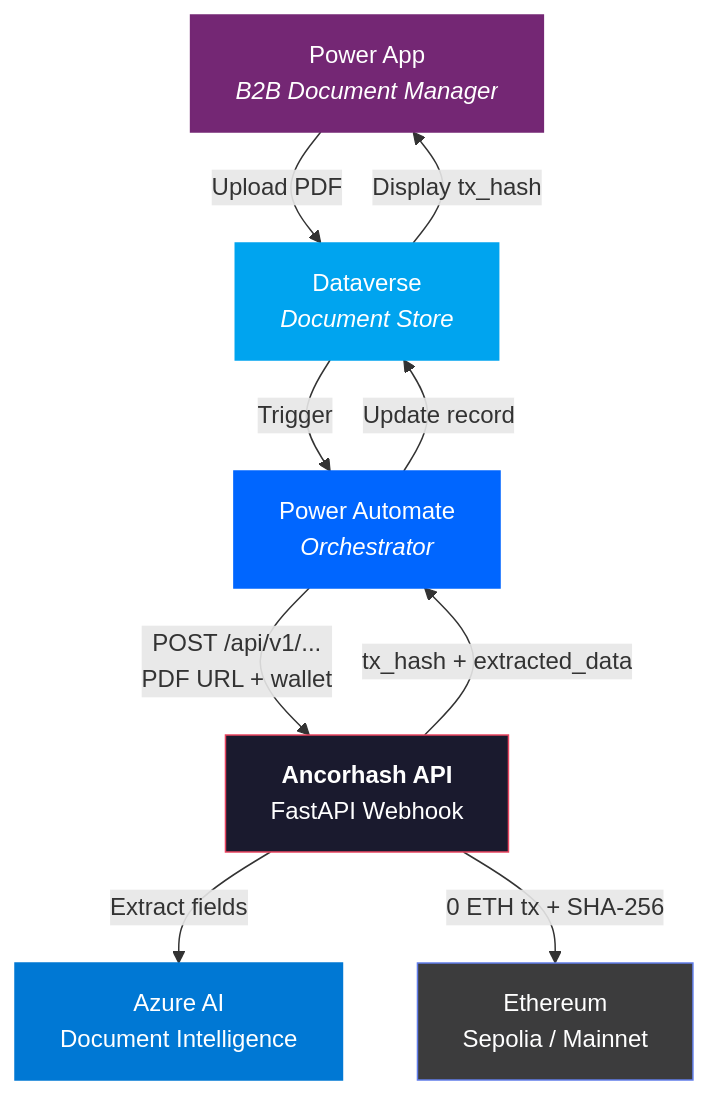
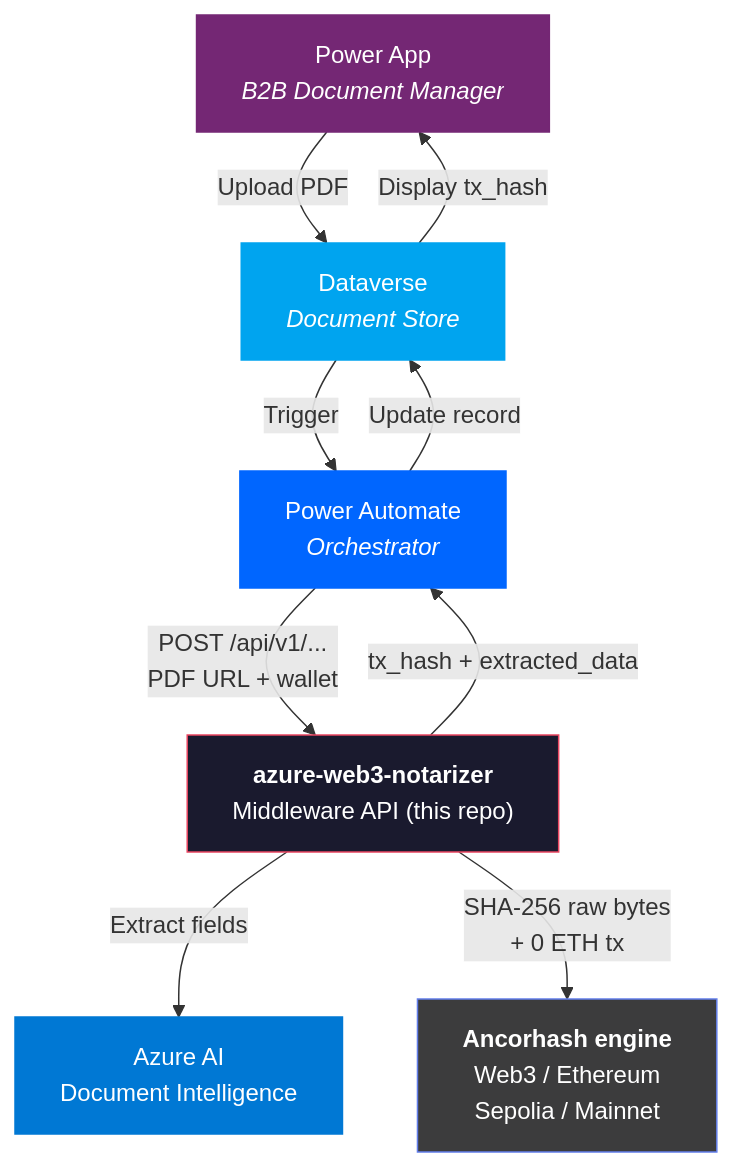
One commit to N0g4D/azure-web3-notarizer changed the diagram in README.md. Above: the diagram before and after it, drawn with Mermaid. The commit also changed other lines of this file, not shown here.

Commit message:
docs: align Mermaid and Key Features to middleware architecture

````diff
--- a/README.md
+++ b/README.md
@@ -31,25 +89,25 @@
 ```mermaid
 graph TB
     PA["Power App<br/><i>B2B Document Manager</i>"]
     AUTO["Power Automate<br/><i>Orchestrator</i>"]
-    API["<b>Ancorhash API</b><br/>FastAPI Webhook"]
+    API["<b>azure-web3-notarizer</b><br/>Middleware API (this repo)"]
     AZ["Azure AI<br/>Document Intelligence"]
-    ETH["Ethereum<br/>Sepolia / Mainnet"]
+    ETH["<b>Ancorhash engine</b><br/>Web3 / Ethereum<br/>Sepolia / Mainnet"]
     DV["Dataverse<br/><i>Document Store</i>"]
 
     PA -->|"Upload PDF"| DV
     DV -->|"Trigger"| AUTO
     AUTO -->|"POST /api/v1/...<br/>PDF URL + wallet"| API
     API -->|"Extract fields"| AZ
-    API -->|"0 ETH tx + SHA-256"| ETH
+    API -->|"SHA-256 raw bytes<br/>+ 0 ETH tx"| ETH
     API -->|"tx_hash + extracted_data"| AUTO
     AUTO -->|"Update record"| DV
     DV -->|"Display tx_hash"| PA
 
     style API fill:#1a1a2e,stroke:#e94560,color:#fff
     style ETH fill:#3C3C3D,stroke:#627EEA,color:#fff
     style AZ fill:#0078D4,stroke:#0078D4,color:#fff
     style PA fill:#742774,stroke:#742774,color:#fff
     style AUTO fill:#0066FF,stroke:#0066FF,color:#fff
     style DV fill:#00A4EF,stroke:#00A4EF,color:#fff
 ```
````
